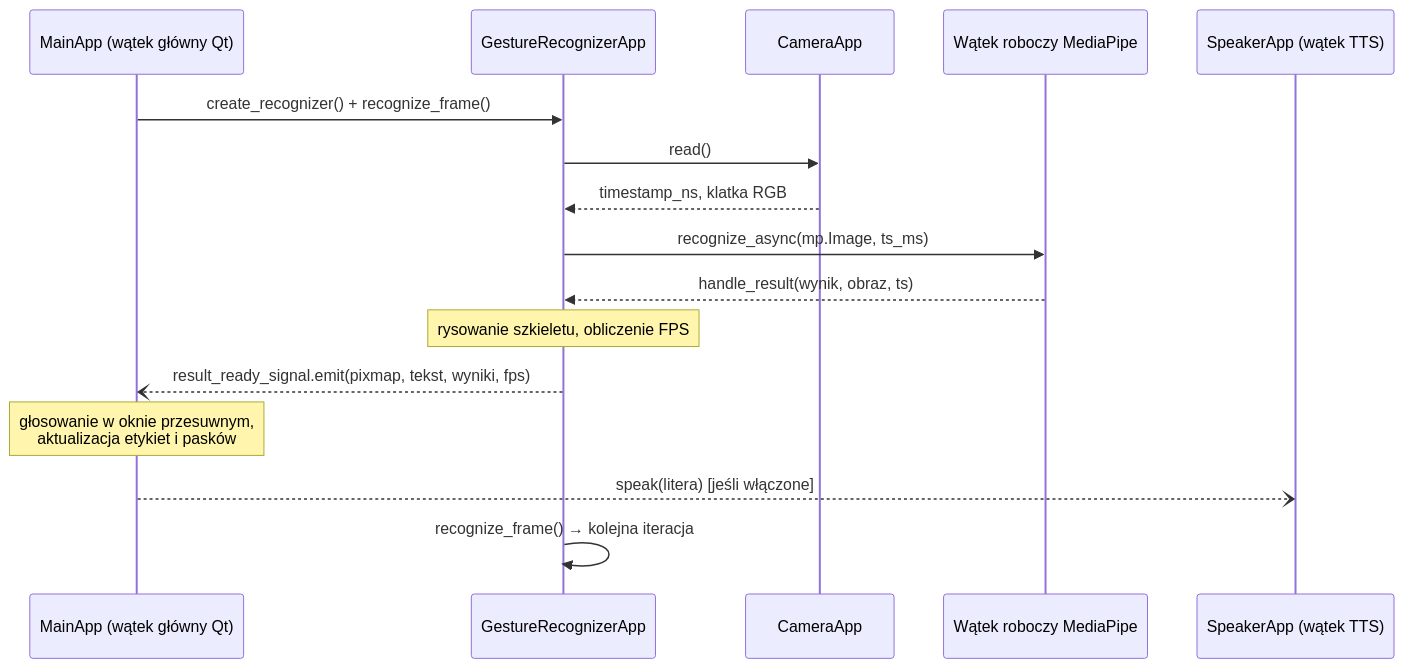
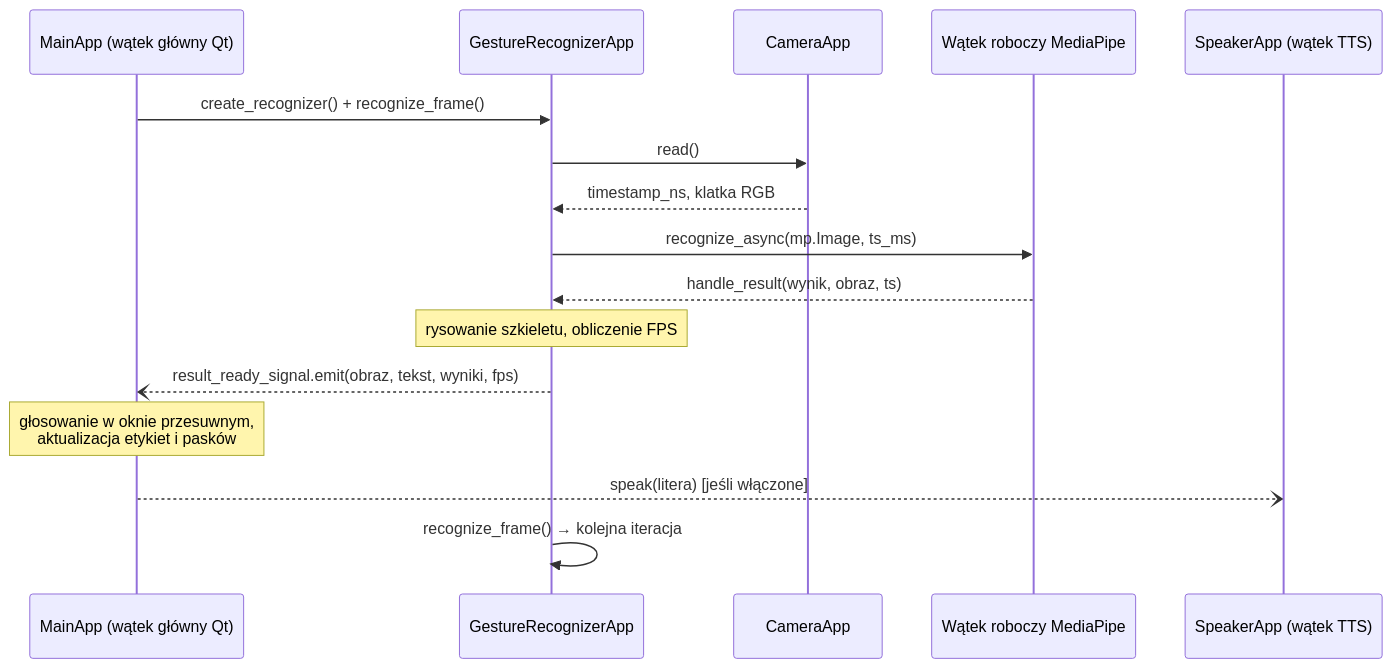
Before and after one commit to DXtR1337/AI_sign_language_translator: the second of 2 diagrams in docs/TECHNICAL_DOCUMENTATION.pl.md, drawn with Mermaid. The commit also changed other lines of this file and 5 other files, not shown here.

````diff
--- a/docs/TECHNICAL_DOCUMENTATION.pl.md
+++ b/docs/TECHNICAL_DOCUMENTATION.pl.md
@@ -82,19 +83,19 @@
 ```mermaid
 sequenceDiagram
     participant M as MainApp (wątek główny Qt)
     participant R as GestureRecognizerApp
     participant C as CameraApp
     participant MP as Wątek roboczy MediaPipe
     participant T as SpeakerApp (wątek TTS)
 
     M->>R: create_recognizer() + recognize_frame()
     R->>C: read()
     C-->>R: timestamp_ns, klatka RGB
     R->>MP: recognize_async(mp.Image, ts_ms)
     MP-->>R: handle_result(wynik, obraz, ts)
     Note over R: rysowanie szkieletu, obliczenie FPS
-    R--)M: result_ready_signal.emit(pixmap, tekst, wyniki, fps)
+    R--)M: result_ready_signal.emit(obraz, tekst, wyniki, fps)
     Note over M: głosowanie w oknie przesuwnym,<br/>aktualizacja etykiet i pasków
     M--)T: speak(litera)  [jeśli włączone]
     R->>R: recognize_frame()  → kolejna iteracja
 ```
````
